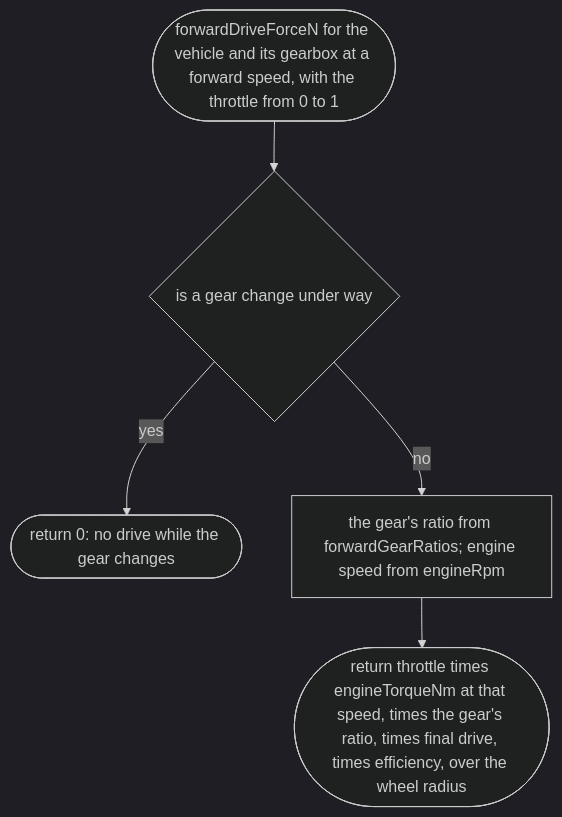
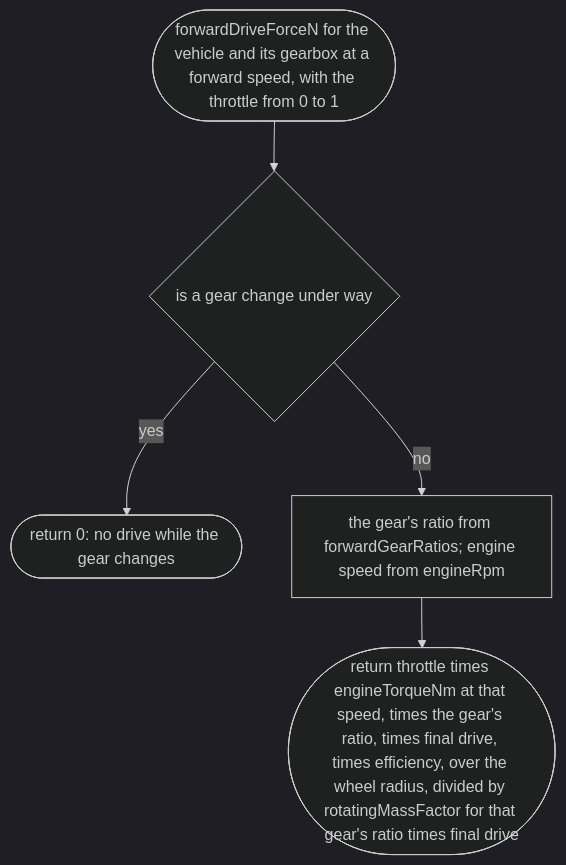
One commit to NewDara-Star/world-engine changed the fourth of 8 diagrams in docs/designs/src/vehicle/drive-force.md. Above: the diagram before and after it, drawn with Mermaid (dark theme). The commit also changed other lines of this file and 6 other files, not shown here.

First line of the commit message:
Slice 1: fix two test mistakes, add the rotating-mass factor, approve the coder's small check designs

````diff
--- a/docs/designs/src/vehicle/drive-force.md
+++ b/docs/designs/src/vehicle/drive-force.md
@@ -100,11 +100,11 @@
 ```mermaid
 flowchart TD
   s(["forwardDriveForceN for the vehicle and its gearbox at a forward speed, with the throttle from 0 to 1"])
   a{"is a gear change under way"}
   b(["return 0: no drive while the gear changes"])
   c["the gear's ratio from forwardGearRatios; engine speed from engineRpm"]
-  d(["return throttle times engineTorqueNm at that speed, times the gear's ratio, times final drive, times efficiency, over the wheel radius"])
+  d(["return throttle times engineTorqueNm at that speed, times the gear's ratio, times final drive, times efficiency, over the wheel radius, divided by rotatingMassFactor for that gear's ratio times final drive"])
   s --> a
   a -->|"yes"| b
   a -->|"no"| c --> d
 ```
````
